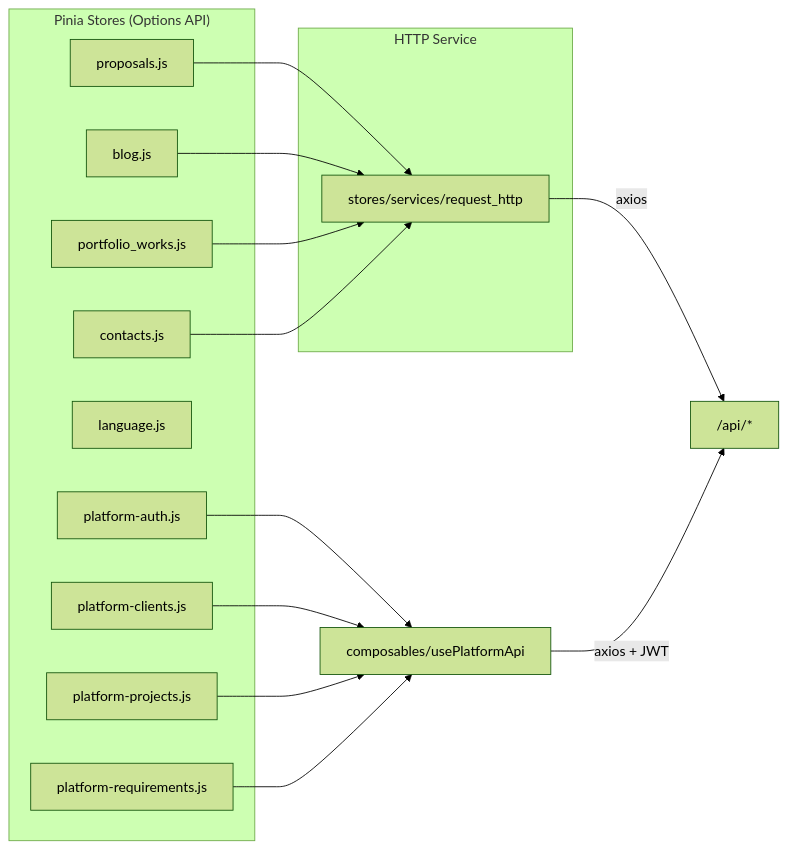
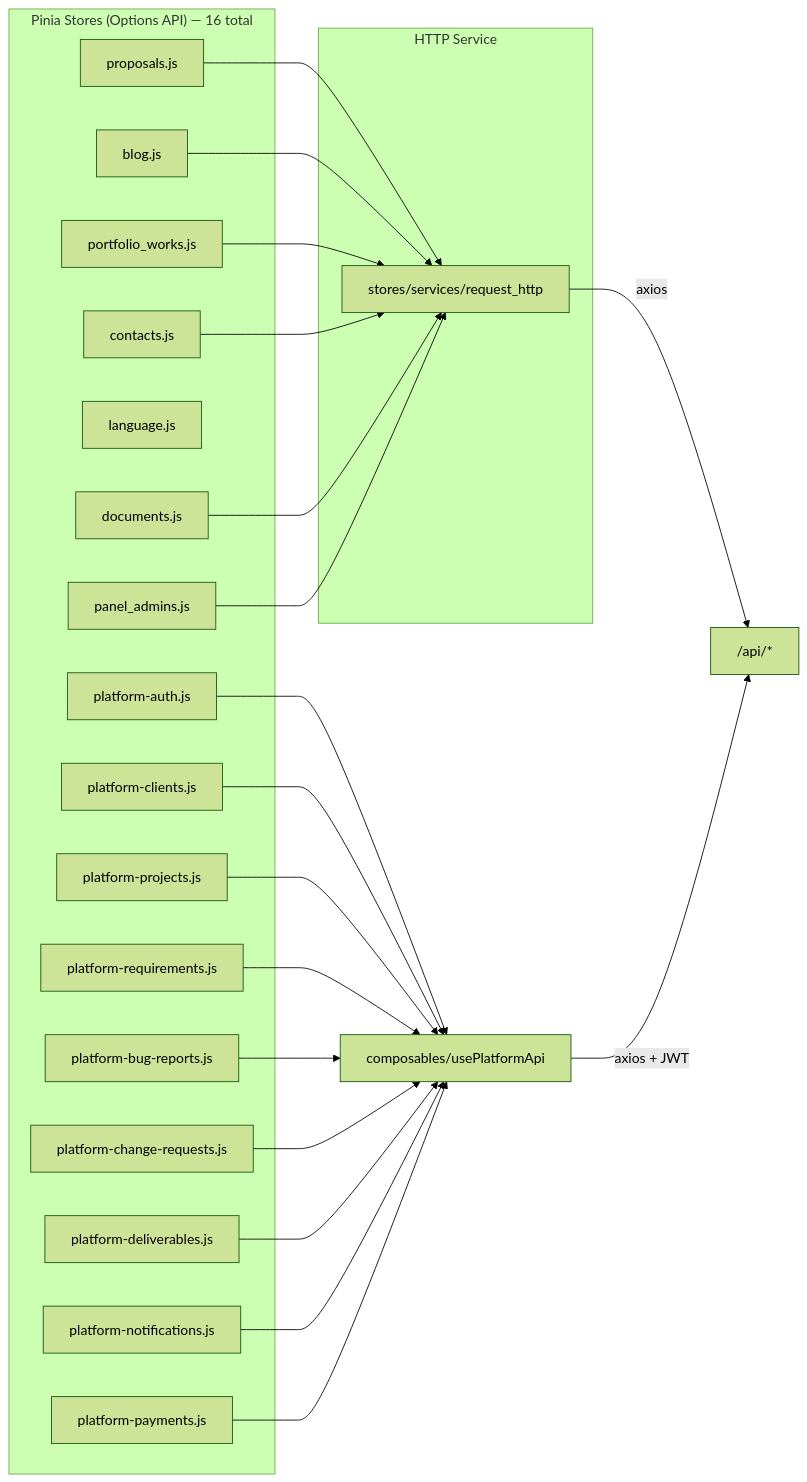
Before and after one commit to gustavop-dev/projectapp: the seventh of 10 diagrams in docs/methodology/architecture.md, drawn with Mermaid (forest theme). The commit also changed other lines of this file and 15 other files, not shown here.

````diff
--- a/docs/methodology/architecture.md
+++ b/docs/methodology/architecture.md
@@ -250,30 +277,44 @@
 ```mermaid
 flowchart LR
-    subgraph Stores["Pinia Stores (Options API)"]
+    subgraph Stores["Pinia Stores (Options API) — 16 total"]
         ProposalStore["proposals.js"]
         BlogStore["blog.js"]
         PortfolioStore["portfolio_works.js"]
         ContactStore["contacts.js"]
         LanguageStore["language.js"]
+        DocumentStore["documents.js"]
+        PanelAdmins["panel_admins.js"]
         PlatformAuth["platform-auth.js"]
         PlatformClients["platform-clients.js"]
         PlatformProjects["platform-projects.js"]
         PlatformRequirements["platform-requirements.js"]
+        PlatformBugReports["platform-bug-reports.js"]
+        PlatformChangeRequests["platform-change-requests.js"]
+        PlatformDeliverables["platform-deliverables.js"]
+        PlatformNotifications["platform-notifications.js"]
+        PlatformPayments["platform-payments.js"]
     end
 
     subgraph HTTP["HTTP Service"]
         RequestHTTP["stores/services/request_http"]
     end
 
     ProposalStore --> RequestHTTP
     BlogStore --> RequestHTTP
     PortfolioStore --> RequestHTTP
     ContactStore --> RequestHTTP
+    DocumentStore --> RequestHTTP
+    PanelAdmins --> RequestHTTP
     PlatformAuth --> PlatformHTTP["composables/usePlatformApi"]
     PlatformClients --> PlatformHTTP
     PlatformProjects --> PlatformHTTP
     PlatformRequirements --> PlatformHTTP
+    PlatformBugReports --> PlatformHTTP
+    PlatformChangeRequests --> PlatformHTTP
+    PlatformDeliverables --> PlatformHTTP
+    PlatformNotifications --> PlatformHTTP
+    PlatformPayments --> PlatformHTTP
 
     RequestHTTP -->|axios| API["/api/*"]
     PlatformHTTP -->|axios + JWT| API
 ```
````
